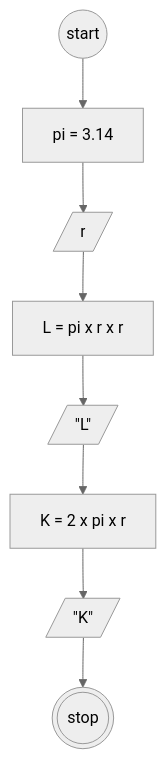
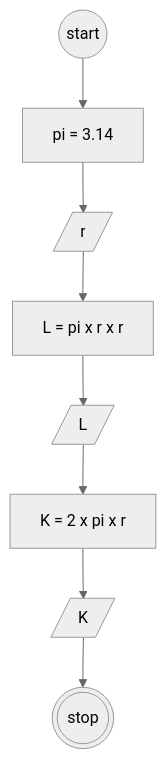
One commit to bildanjhry/Koda-b8-Algoritma changed the diagram in luas-dan-keliling.md. Above: the diagram before and after it, drawn with Mermaid (neutral theme).

````diff
--- a/luas-dan-keliling.md
+++ b/luas-dan-keliling.md
@@ -19,15 +19,15 @@
 ```mermaid
 flowchart TD
 
 start@{shape: circle, label: "start"}
 pi@{shape: rect, label: "pi = 3.14"}
 r@{shape: lean-r, label: "r"}
 luas@{shape: rect, label: "L = pi x r x r"}
 keliling@{shape: rect, label: "K = 2 x pi x r"}
-l@{shape: lean-r, label: '"L"'}
-k@{shape: lean-r, label: '"K"'}
+l@{shape: lean-r, label: "L"}
+k@{shape: lean-r, label: "K"}
 finnish@{shape: double-circle, label: "stop"}
 
 start-->pi-->r-->luas-->l-->keliling-->k-->finnish
 
 ```
````
